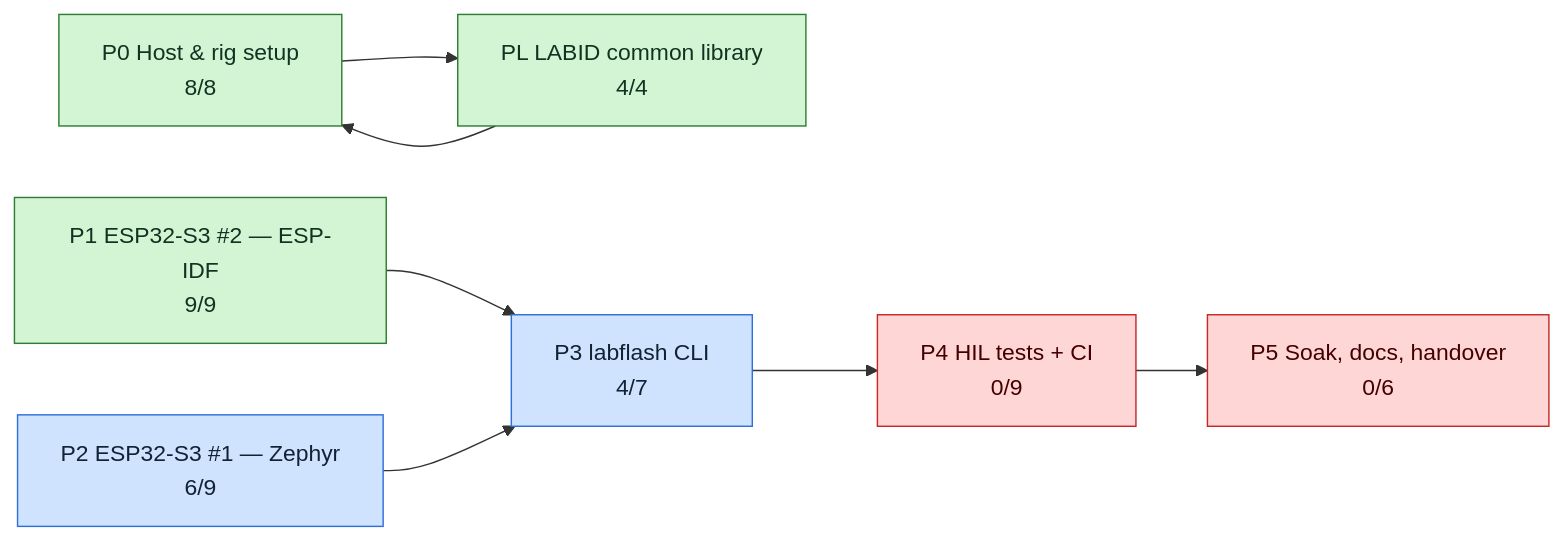
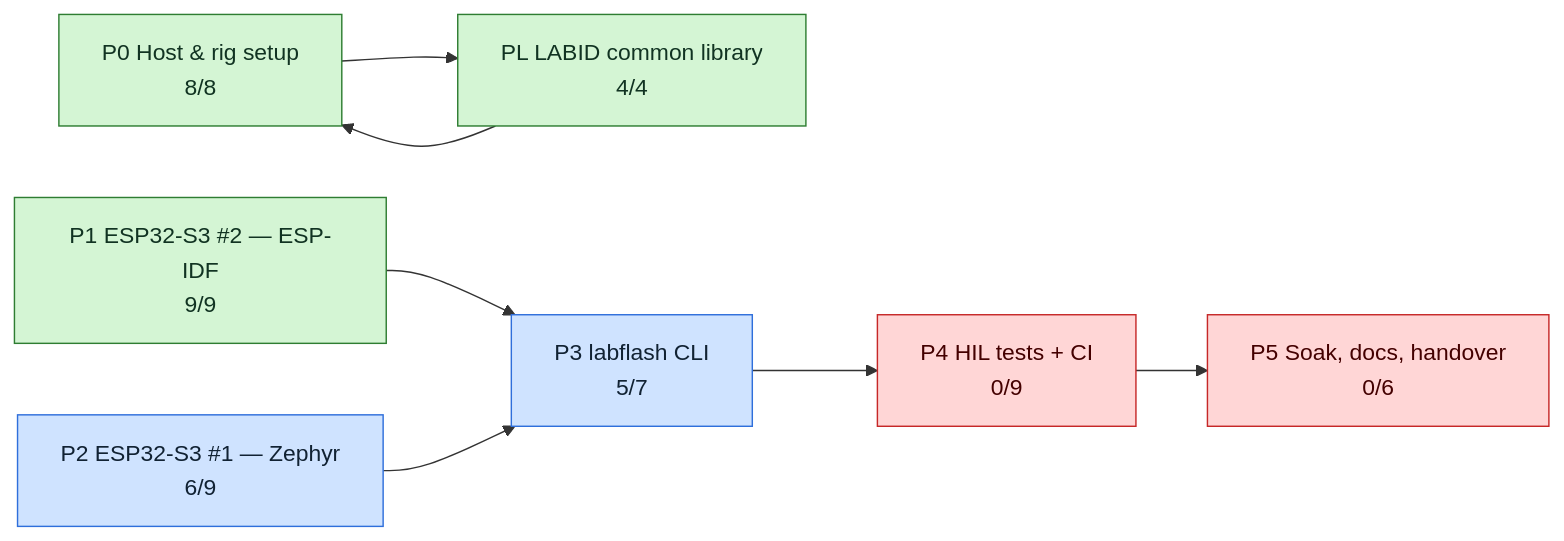
The second of 3 diagrams in tickets/TICKETS.md (mohamed-soubhi/bootlab-esp), drawn with Mermaid before and after one commit. The commit also changed other lines of this file and 6 other files, not shown here.

````diff
--- a/tickets/TICKETS.md
+++ b/tickets/TICKETS.md
@@ -36,20 +36,20 @@
 ```mermaid
 flowchart LR
     E0["P0 Host & rig setup<br/>8/8"]:::done
     EL["PL LABID common library<br/>4/4"]:::done
     E1["P1 ESP32-S3 #2 — ESP-IDF<br/>9/9"]:::done
     E2["P2 ESP32-S3 #1 — Zephyr<br/>6/9"]:::doing
-    E3["P3 labflash CLI<br/>4/7"]:::doing
+    E3["P3 labflash CLI<br/>5/7"]:::doing
     E4["P4 HIL tests + CI<br/>0/9"]:::blocked
     E5["P5 Soak, docs, handover<br/>0/6"]:::blocked
     E0 --> EL
     E1 --> E3
     E2 --> E3
     E3 --> E4
     E4 --> E5
     EL --> E0
     classDef todo fill:#eeeeee,stroke:#999,color:#333
     classDef doing fill:#cfe3ff,stroke:#2f6fdb,color:#123
     classDef blocked fill:#ffd6d6,stroke:#c62828,color:#400
     classDef done fill:#d4f5d4,stroke:#2e7d32,color:#132
 ```
````
